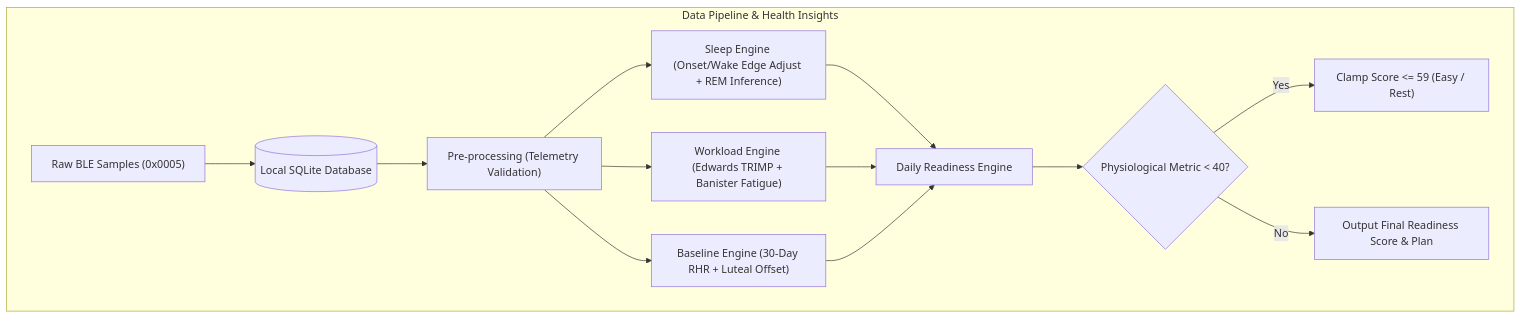
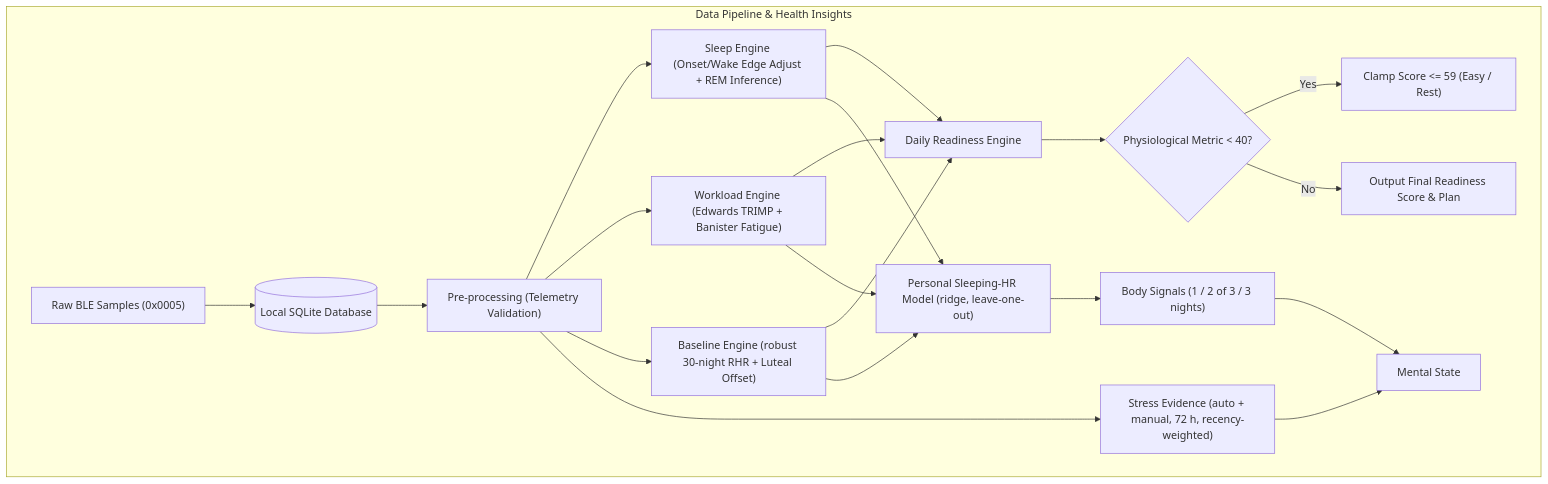
One commit to nhatanhpico/MiBand6 changed the second of 3 diagrams in EVALUATION.md. Above: the diagram before and after it, drawn with Mermaid. The commit also changed other lines of this file and 5 other files, not shown here.

First line of the commit message:
docs: update all docs for the mental state fix, body signals and personal model

````diff
--- a/EVALUATION.md
+++ b/EVALUATION.md
@@ -132,19 +150,27 @@
 ```mermaid
 graph TD
     subgraph Data Pipeline & Health Insights
         RawBLE["Raw BLE Samples (0x0005)"] --> HealthDB[("Local SQLite Database")]
         HealthDB --> Preprocess["Pre-processing (Telemetry Validation)"]
-        
+
         Preprocess --> SleepModel["Sleep Engine (Onset/Wake Edge Adjust + REM Inference)"]
         Preprocess --> TRIMPModel["Workload Engine (Edwards TRIMP + Banister Fatigue)"]
-        Preprocess --> BaselineModel["Baseline Engine (30-Day RHR + Luteal Offset)"]
-        
+        Preprocess --> BaselineModel["Baseline Engine (robust 30-night RHR + Luteal Offset)"]
+        Preprocess --> StressModel["Stress Evidence (auto + manual, 72 h, recency-weighted)"]
+
         SleepModel --> ReadinessCalc["Daily Readiness Engine"]
         TRIMPModel --> ReadinessCalc
         BaselineModel --> ReadinessCalc
-        
+
+        BaselineModel --> RHRModel["Personal Sleeping-HR Model (ridge, leave-one-out)"]
+        TRIMPModel --> RHRModel
+        SleepModel --> RHRModel
+        RHRModel --> BodySignals["Body Signals (1 / 2 of 3 / 3 nights)"]
+        StressModel --> Mind["Mental State"]
+        BodySignals --> Mind
+
         ReadinessCalc --> ClampCheck{"Physiological Metric < 40?"}
         ClampCheck -- Yes --> Clamp["Clamp Score <= 59 (Easy / Rest)"]
         ClampCheck -- No --> FinalScore["Output Final Readiness Score & Plan"]
     end
 ```
````
